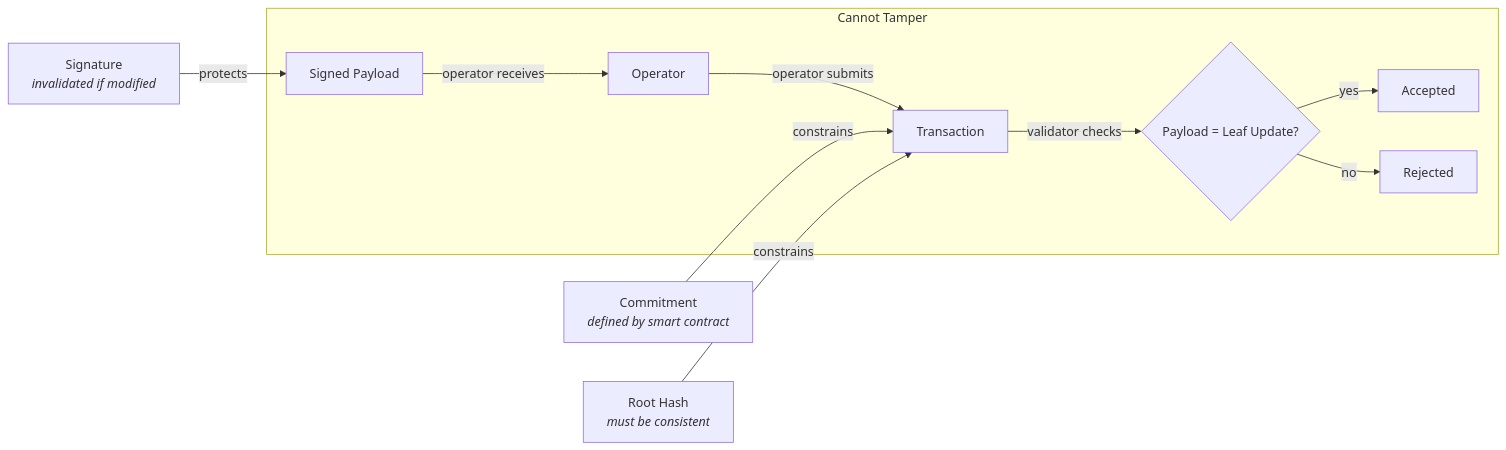
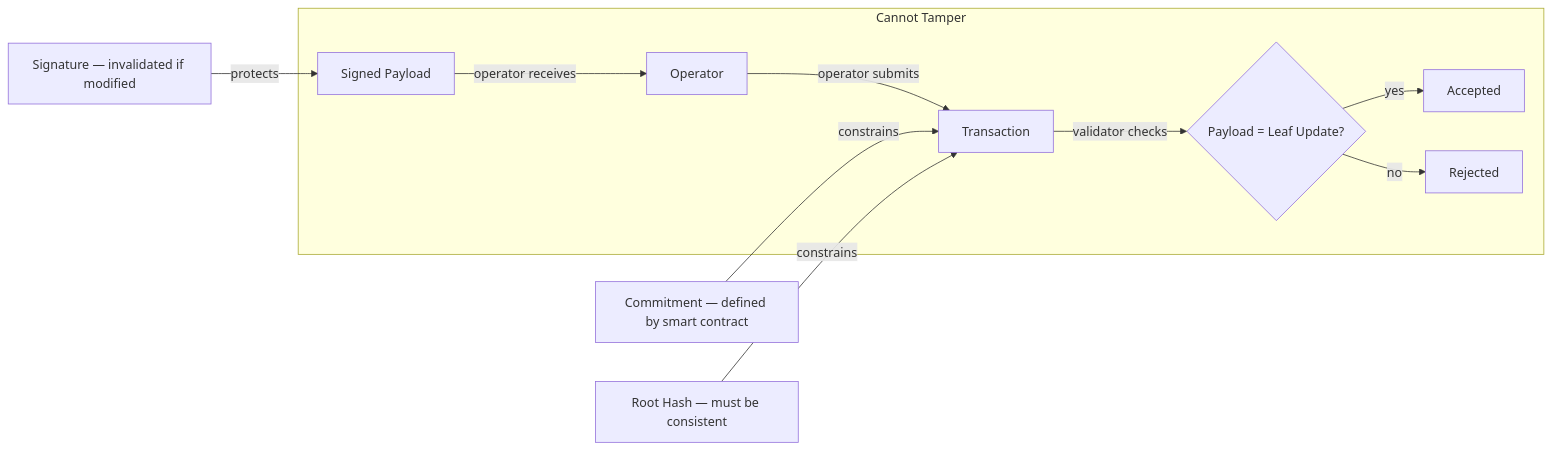
Before and after one commit to lambdasistemi/cardano-for-regulators: the ninth of 19 diagrams in docs/framework/schema.md, drawn with Mermaid. The commit also changed other lines of this file and 1 other file, not shown here.

First line of the commit message:
fix: replace HTML tags in mermaid node labels with plain text

````diff
--- a/docs/framework/schema.md
+++ b/docs/framework/schema.md
@@ -360,14 +360,14 @@
 ```mermaid
 graph LR
     subgraph Cannot Tamper
         P[Signed Payload] -->|operator receives| O[Operator]
         O -->|operator submits| TX[Transaction]
         TX -->|validator checks| V{Payload = Leaf Update?}
         V -->|yes| OK[Accepted]
         V -->|no| REJECT[Rejected]
     end
 
-    C[Commitment<br/><i>defined by smart contract</i>] -->|constrains| TX
-    S[Signature<br/><i>invalidated if modified</i>] -->|protects| P
-    R[Root Hash<br/><i>must be consistent</i>] -->|constrains| TX
+    C["Commitment — defined by smart contract"] -->|constrains| TX
+    S["Signature — invalidated if modified"] -->|protects| P
+    R["Root Hash — must be consistent"] -->|constrains| TX
 ```
````
